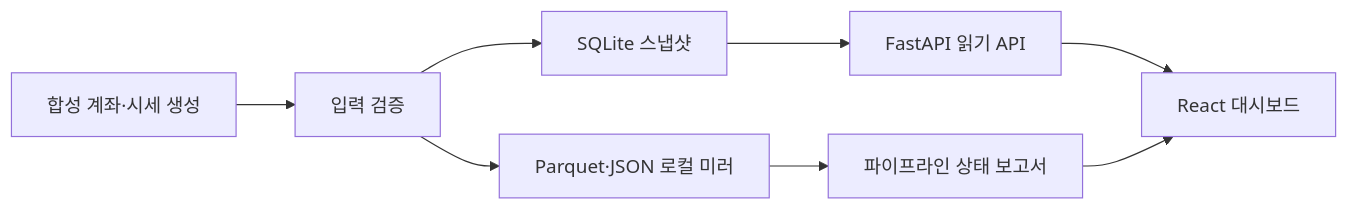
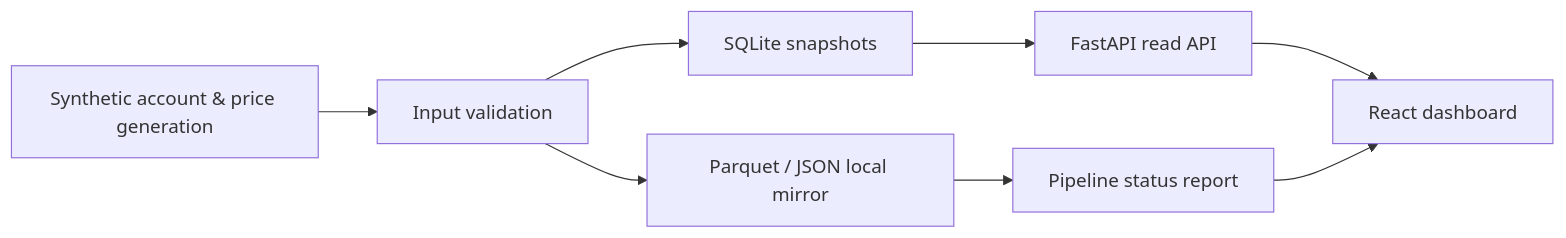
The diagram in README.md (YongjaeKwon/quant-lab), drawn with Mermaid before and after one commit. The commit also changed other lines of this file and 1 other file, not shown here.

````diff
--- a/README.md
+++ b/README.md
@@ -21,10 +23,10 @@
 ```mermaid
 flowchart LR
-    A["합성 계좌·시세 생성"] --> B["입력 검증"]
-    B --> C["SQLite 스냅샷"]
-    B --> D["Parquet·JSON 로컬 미러"]
-    C --> E["FastAPI 읽기 API"]
-    D --> F["파이프라인 상태 보고서"]
-    E --> G["React 대시보드"]
+    A["Synthetic account & price generation"] --> B["Input validation"]
+    B --> C["SQLite snapshots"]
+    B --> D["Parquet / JSON local mirror"]
+    C --> E["FastAPI read API"]
+    D --> F["Pipeline status report"]
+    E --> G["React dashboard"]
     F --> G
 ```
````
